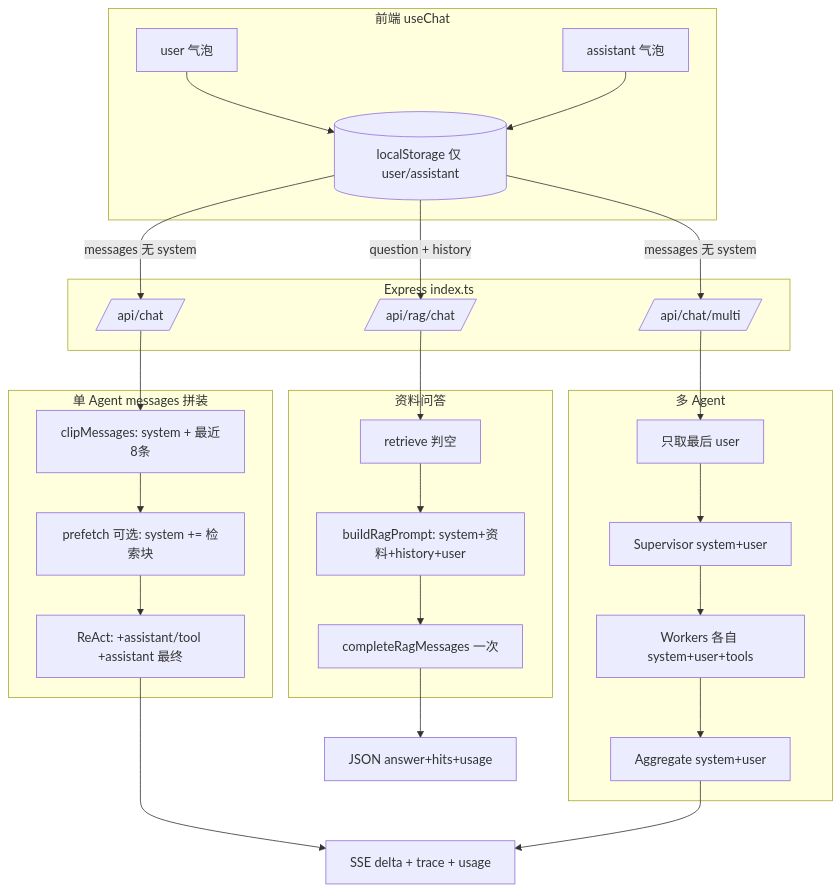
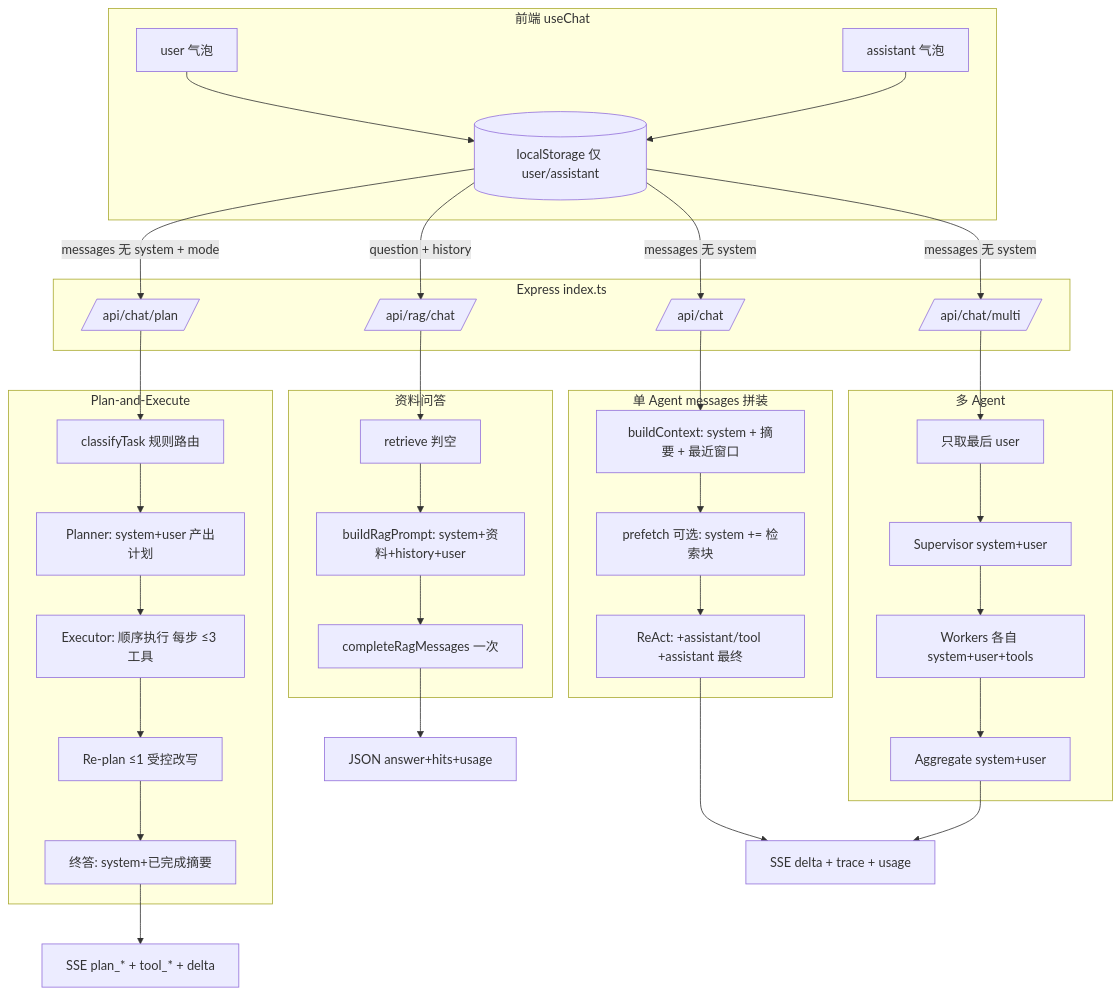
One commit to alminchen/study-agent changed the diagram in step1-chat/docs/project-messages-flow.md. Above: the diagram before and after it, drawn with Mermaid. The commit also changed other lines of this file and 88 other files, not shown here.

````diff
--- a/step1-chat/docs/project-messages-flow.md
+++ b/step1-chat/docs/project-messages-flow.md
@@ -250,51 +333,65 @@
 ```mermaid
 flowchart TB
   subgraph FE[前端 useChat]
     U1[user 气泡]
     A1[assistant 气泡]
     LS[(localStorage 仅 user/assistant)]
   end
 
   subgraph API[Express index.ts]
     CHAT[/api/chat/]
     MULTI[/api/chat/multi/]
     RAG[/api/rag/chat/]
+    PLAN[/api/chat/plan/]
   end
 
   U1 --> LS
   A1 --> LS
   LS -->|messages 无 system| CHAT
   LS -->|messages 无 system| MULTI
   LS -->|question + history| RAG
+  LS -->|messages 无 system + mode| PLAN
 
   subgraph CHAT_FLOW[单 Agent messages 拼装]
-    CLIP[clipMessages: system + 最近8条]
+    CLIP[buildContext: system + 摘要 + 最近窗口]
     PREF[prefetch 可选: system += 检索块]
     REACT[ReAct: +assistant/tool +assistant 最终]
     CLIP --> PREF --> REACT
   end
 
   CHAT --> CLIP
   REACT --> SSE[SSE delta + trace + usage]
 
   subgraph MULTI_FLOW[多 Agent]
     LAST[只取最后 user]
     SUP[Supervisor system+user]
     WRK[Workers 各自 system+user+tools]
     AGG[Aggregate system+user]
     LAST --> SUP --> WRK --> AGG
   end
 
   MULTI --> LAST
   AGG --> SSE
 
   subgraph RAG_FLOW[资料问答]
     RET[retrieve 判空]
     BP[buildRagPrompt: system+资料+history+user]
     LLM1[completeRagMessages 一次]
     RET --> BP --> LLM1
   end
 
   RAG --> RET
   LLM1 --> JSON[JSON answer+hits+usage]
+
+  subgraph PLAN_FLOW[Plan-and-Execute]
+    CLS["classifyTask 规则路由"]
+    PL["Planner: system+user 产出计划"]
+    EXE["Executor: 顺序执行 每步 ≤3 工具"]
+    RP["Re-plan ≤1 受控改写"]
+    FIN["终答: system+已完成摘要"]
+    CLS --> PL --> EXE --> RP --> FIN
+  end
+
+  PLAN --> CLS
+  FIN --> PSSE["SSE plan_* + tool_* + delta"]
 ```
````
